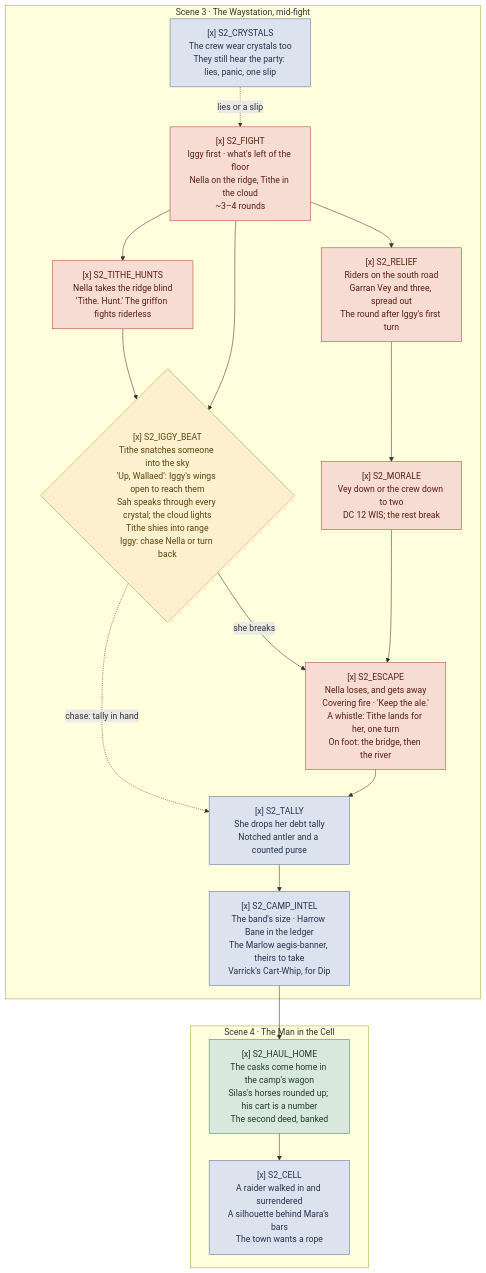
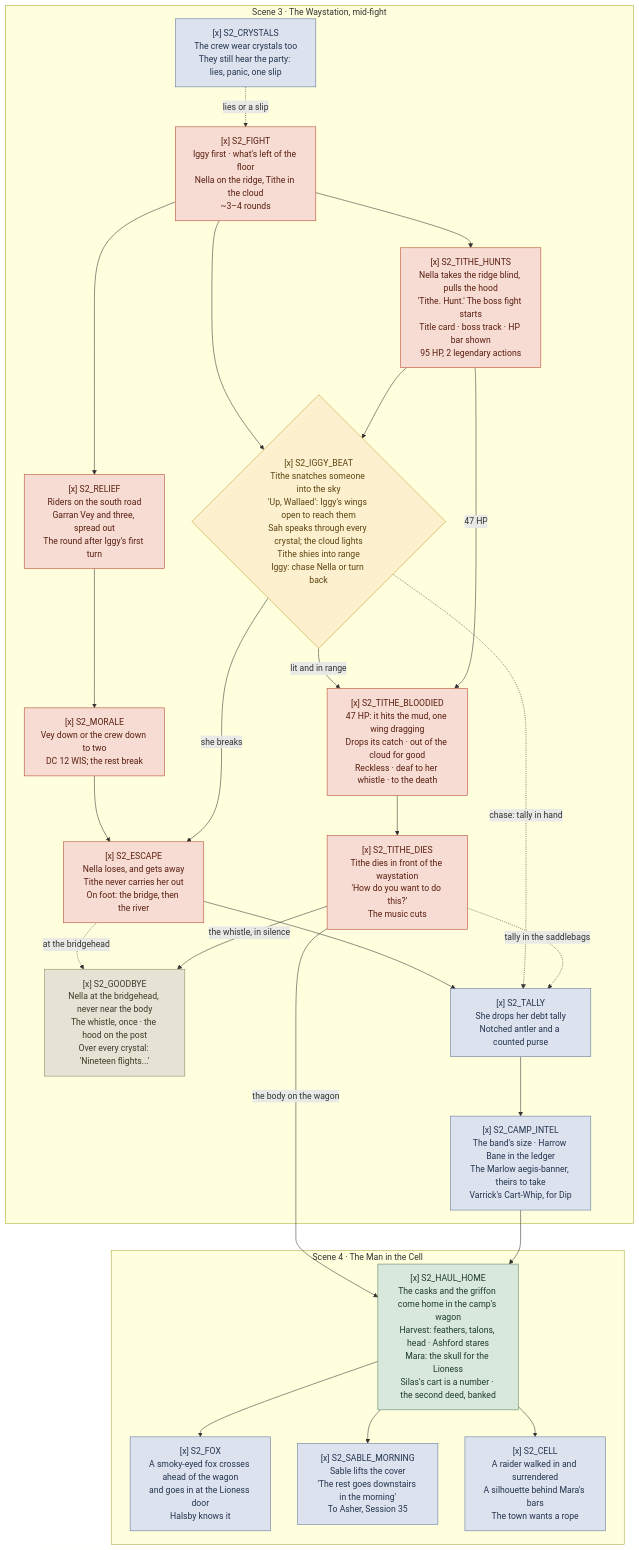
Before and after one commit to JGarnerDev/claude-dnd-engine: the diagram in scheduler/sessions/Session 34 The Red Trail/_flow.md, drawn with Mermaid. The commit also changed other lines of this file, not shown here.

First line of the commit message:
content: Session 34 flow graph, Tithe boss fight beats committed

````diff
--- a/scheduler/sessions/Session 34 The Red Trail/_flow.md
+++ b/scheduler/sessions/Session 34 The Red Trail/_flow.md
@@ -29,45 +34,58 @@
 ```mermaid
 flowchart TD
   subgraph SC3["Scene 3 · The Waystation, mid-fight"]
     S2_CRYSTALS["[x] S2_CRYSTALS<br/>The crew wear crystals too<br/>They still hear the party: lies, panic, one slip"]
     S2_FIGHT["[x] S2_FIGHT<br/>Iggy first · what's left of the floor<br/>Nella on the ridge, Tithe in the cloud<br/>~3–4 rounds"]
-    S2_TITHE_HUNTS["[x] S2_TITHE_HUNTS<br/>Nella takes the ridge blind<br/>'Tithe. Hunt.' The griffon fights riderless"]
+    S2_TITHE_HUNTS["[x] S2_TITHE_HUNTS<br/>Nella takes the ridge blind, pulls the hood<br/>'Tithe. Hunt.' The boss fight starts<br/>Title card · boss track · HP bar shown<br/>95 HP, 2 legendary actions"]
+    S2_TITHE_BLOODIED["[x] S2_TITHE_BLOODIED<br/>47 HP: it hits the mud, one wing dragging<br/>Drops its catch · out of the cloud for good<br/>Reckless · deaf to her whistle · to the death"]
+    S2_TITHE_DIES["[x] S2_TITHE_DIES<br/>Tithe dies in front of the waystation<br/>'How do you want to do this?'<br/>The music cuts"]
+    S2_GOODBYE["[x] S2_GOODBYE<br/>Nella at the bridgehead, never near the body<br/>The whistle, once · the hood on the post<br/>Over every crystal: 'Nineteen flights...'"]
     S2_RELIEF["[x] S2_RELIEF<br/>Riders on the south road<br/>Garran Vey and three, spread out<br/>The round after Iggy's first turn"]
     S2_IGGY_BEAT{"[x] S2_IGGY_BEAT<br/>Tithe snatches someone into the sky<br/>'Up, Wallaed': Iggy's wings open to reach them<br/>Sah speaks through every crystal; the cloud lights<br/>Tithe shies into range<br/>Iggy: chase Nella or turn back"}
     S2_MORALE["[x] S2_MORALE<br/>Vey down or the crew down to two<br/>DC 12 WIS; the rest break"]
-    S2_ESCAPE["[x] S2_ESCAPE<br/>Nella loses, and gets away<br/>Covering fire · 'Keep the ale.'<br/>A whistle: Tithe lands for her, one turn<br/>On foot: the bridge, then the river"]
+    S2_ESCAPE["[x] S2_ESCAPE<br/>Nella loses, and gets away<br/>Tithe never carries her out<br/>On foot: the bridge, then the river"]
     S2_TALLY["[x] S2_TALLY<br/>She drops her debt tally<br/>Notched antler and a counted purse"]
     S2_CAMP_INTEL["[x] S2_CAMP_INTEL<br/>The band's size · Harrow Bane in the ledger<br/>The Marlow aegis-banner, theirs to take<br/>Varrick's Cart-Whip, for Dip"]
     S2_FIGHT --> S2_TITHE_HUNTS
     S2_FIGHT --> S2_RELIEF
     S2_CRYSTALS -.->|"lies or a slip"| S2_FIGHT
     S2_TITHE_HUNTS --> S2_IGGY_BEAT
+    S2_TITHE_HUNTS -->|"47 HP"| S2_TITHE_BLOODIED
+    S2_IGGY_BEAT -->|"lit and in range"| S2_TITHE_BLOODIED
+    S2_TITHE_BLOODIED --> S2_TITHE_DIES
+    S2_TITHE_DIES -->|"the whistle, in silence"| S2_GOODBYE
+    S2_ESCAPE -.->|"at the bridgehead"| S2_GOODBYE
+    S2_TITHE_DIES -.->|"tally in the saddlebags"| S2_TALLY
     S2_RELIEF --> S2_MORALE
     S2_FIGHT --> S2_IGGY_BEAT
     S2_IGGY_BEAT -->|"she breaks"| S2_ESCAPE
     S2_IGGY_BEAT -.->|"chase: tally in hand"| S2_TALLY
     S2_MORALE --> S2_ESCAPE --> S2_TALLY
     S2_TALLY --> S2_CAMP_INTEL
   end
 
   subgraph SC4["Scene 4 · The Man in the Cell"]
-    S2_HAUL_HOME["[x] S2_HAUL_HOME<br/>The casks come home in the camp's wagon<br/>Silas's horses rounded up; his cart is a number<br/>The second deed, banked"]
+    S2_HAUL_HOME["[x] S2_HAUL_HOME<br/>The casks and the griffon come home in the camp's wagon<br/>Harvest: feathers, talons, head · Ashford stares<br/>Mara: the skull for the Lioness<br/>Silas's cart is a number · the second deed, banked"]
+    S2_FOX["[x] S2_FOX<br/>A smoky-eyed fox crosses ahead of the wagon<br/>and goes in at the Lioness door<br/>Halsby knows it"]
+    S2_SABLE_MORNING["[x] S2_SABLE_MORNING<br/>Sable lifts the cover<br/>'The rest goes downstairs in the morning'<br/>To Asher, Session 35"]
     S2_CELL["[x] S2_CELL<br/>A raider walked in and surrendered<br/>A silhouette behind Mara's bars<br/>The town wants a rope"]
+    S2_HAUL_HOME --> S2_FOX
+    S2_HAUL_HOME --> S2_SABLE_MORNING
     S2_HAUL_HOME --> S2_CELL
   end
 
   S2_CAMP_INTEL --> S2_HAUL_HOME
+  S2_TITHE_DIES -->|"the body on the wagon"| S2_HAUL_HOME
 
   classDef combat fill:#F6DCD3,stroke:#B4452A,color:#5A1E10
   classDef social fill:#E6E3D5,stroke:#8C8463,color:#3D3A28
   classDef decision fill:#FDF0CE,stroke:#C79A2B,color:#5A4410
   classDef stake fill:#D9E8DC,stroke:#4F8060,color:#1F3D2A
   classDef seed fill:#DCE3EF,stroke:#5E7296,color:#24334D
-  classDef open fill:#EDEAE6,stroke:#9A948C,color:#4A453F,stroke-dasharray:4 3
-  classDef fail fill:#EFE2E2,stroke:#A3736E,color:#4A2C29,stroke-dasharray:4 3
 
-  class S2_FIGHT,S2_TITHE_HUNTS,S2_RELIEF,S2_MORALE,S2_ESCAPE combat
+  class S2_FIGHT,S2_TITHE_HUNTS,S2_TITHE_BLOODIED,S2_TITHE_DIES,S2_RELIEF,S2_MORALE,S2_ESCAPE combat
   class S2_IGGY_BEAT decision
   class S2_HAUL_HOME stake
-  class S2_CRYSTALS,S2_TALLY,S2_CAMP_INTEL,S2_CELL seed
+  class S2_GOODBYE social
+  class S2_CRYSTALS,S2_TALLY,S2_CAMP_INTEL,S2_CELL,S2_FOX,S2_SABLE_MORNING seed
 ```
````
